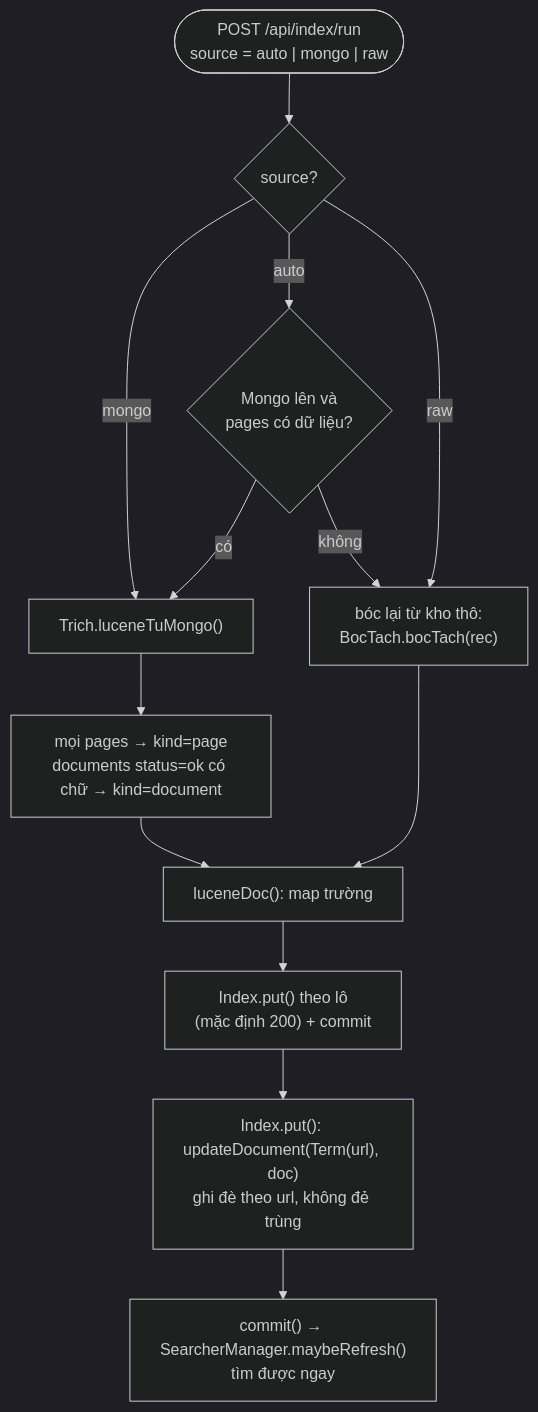
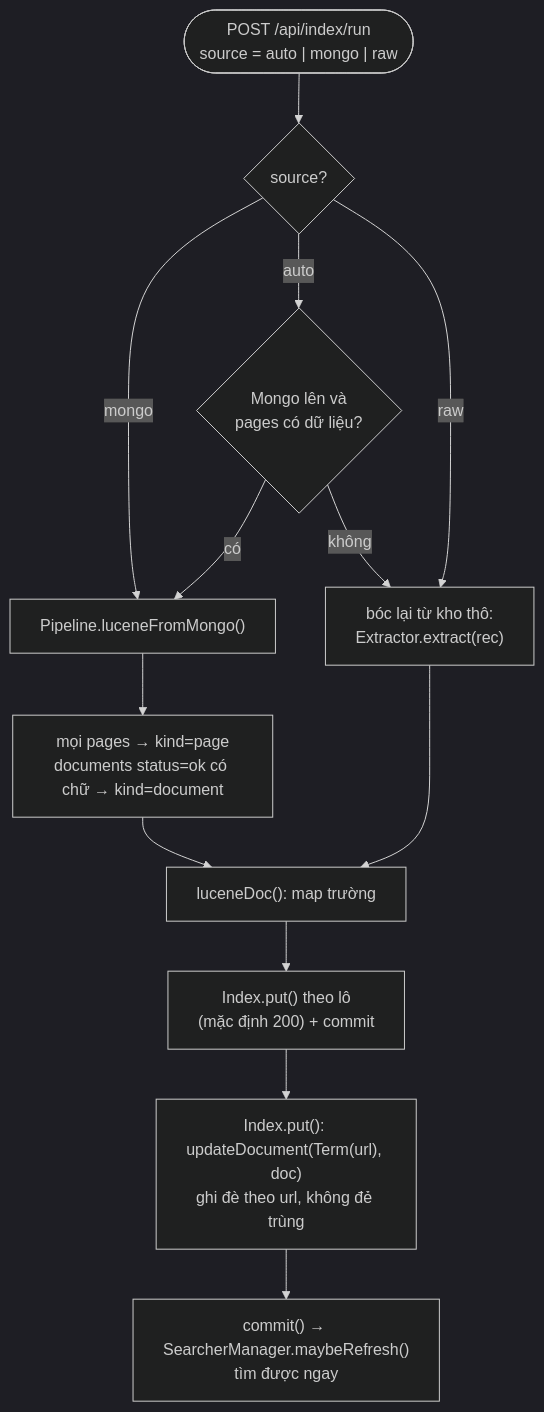
One commit to nguyenpnguyen/di-project changed diagram 17 of 21 in BAO-CAO-KY-THUAT.md. Above: the diagram before and after it, drawn with Mermaid (dark theme). The commit also changed other lines of this file and 55 other files, not shown here.

````diff
--- a/BAO-CAO-KY-THUAT.md
+++ b/BAO-CAO-KY-THUAT.md
@@ -701,15 +701,15 @@
 ```mermaid
 flowchart TD
     A(["POST /api/index/run<br/>source = auto | mongo | raw"]) --> S{"source?"}
-    S -- mongo --> MG["Trich.luceneTuMongo()"]
+    S -- mongo --> MG["Pipeline.luceneFromMongo()"]
     S -- auto --> C{"Mongo lên và<br/>pages có dữ liệu?"}
     C -- có --> MG
-    C -- không --> RAW["bóc lại từ kho thô:<br/>BocTach.bocTach(rec)"]
+    C -- không --> RAW["bóc lại từ kho thô:<br/>Extractor.extract(rec)"]
     S -- raw --> RAW
     MG --> P["mọi pages → kind=page<br/>documents status=ok có chữ → kind=document"]
     RAW --> L
     P --> L["luceneDoc(): map trường"]
     L --> B["Index.put() theo lô<br/>(mặc định 200) + commit"]
     B --> U["Index.put(): updateDocument(Term(url), doc)<br/>ghi đè theo url, không đẻ trùng"]
     U --> CM["commit() → SearcherManager.maybeRefresh()<br/>tìm được ngay"]
 ```
````
